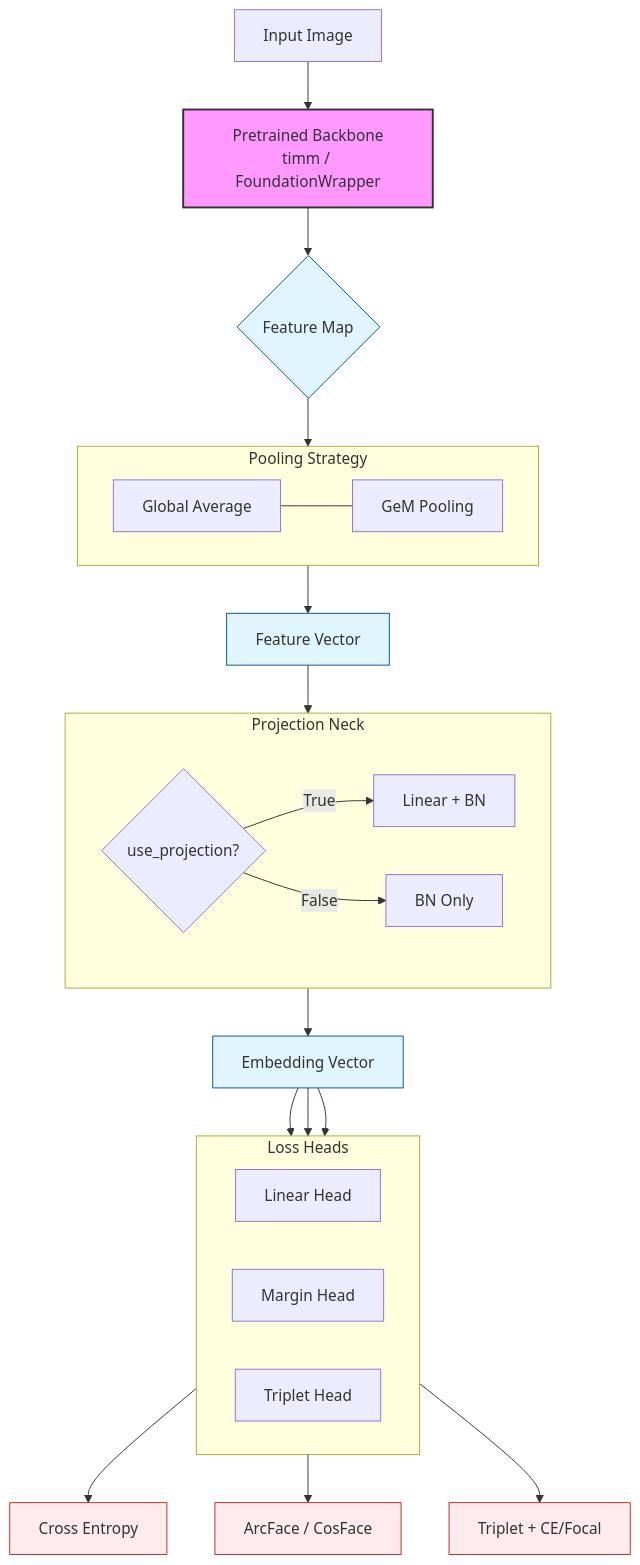
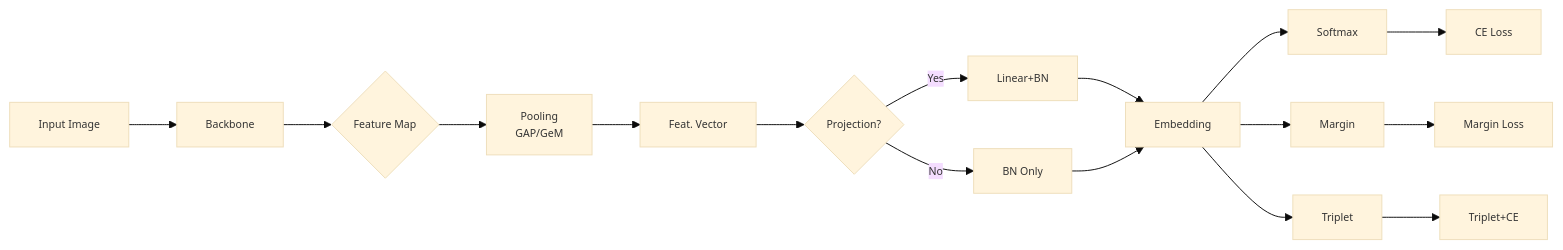
Before and after one commit to MicheleMarschner/jaguar_project: the diagram in reports/experiments/E00_kaggle-leaderboard_backbone.md, drawn with Mermaid.

Commit message:
Revise Re-ID pipeline flowchart in markdown report
Updated the flowchart in the E00_kaggle-leaderboard_backbone.md file to reflect changes in the Re-ID pipeline structure and removed unnecessary subgraphs.

````diff
--- a/reports/experiments/E00_kaggle-leaderboard_backbone.md
+++ b/reports/experiments/E00_kaggle-leaderboard_backbone.md
@@ -41,41 +41,19 @@
 ```mermaid
-flowchart TD
-%% Styling
-classDef backbone fill:#f9f,stroke:#333,stroke-width:2px;
-classDef feature fill:#e1f5fe,stroke:#01579b;
-classDef head fill:#fff9c4,stroke:#fbc02d;
-classDef loss fill:#ffebee,stroke:#c62828;
+%%{init: {'theme': 'base', 'themeVariables': { 'fontSize': '11px'}}}%%
+flowchart LR
+A[Input Image] --> B[Backbone]
+B --> C{Feature Map}
 
-A[Input Image] --> B[Pretrained Backbone<br/>timm / FoundationWrapper]:::backbone
-B --> C{Feature Map}:::feature
+C --> D[Pooling<br/>GAP/GeM]
+D --> E[Feat. Vector]
 
-subgraph Pooling [Pooling Strategy]
-    direction LR
-    D1[Global Average] --- D2[GeM Pooling]
-end
+E --> F{Projection?}
+F -->|Yes| G[Linear+BN]
+F -->|No| H[BN Only]
 
-C --> Pooling --> E[Feature Vector]:::feature
+G & H --> I[Embedding]
 
-subgraph Neck [Projection Neck]
-    F{use_projection?}
-    G[Linear + BN]
-    H[BN Only]
-    F -- True --> G
-    F -- False --> H
-end
-
-E --> Neck --> I[Embedding Vector]:::feature
-
-subgraph Heads [Loss Heads]
-    direction LR
-    J1[Linear Head]
-    J2[Margin Head]
-    J3[Triplet Head]
-end
-
-I --> J1 & J2 & J3
-
-J1 --> K[Cross Entropy]:::loss
-J2 --> L[ArcFace / CosFace]:::loss
-J3 --> M[Triplet + CE/Focal]:::loss
+I --> J1[Softmax] --> L1[CE Loss]
+I --> J2[Margin] --> L2[Margin Loss]
+I --> J3[Triplet] --> L3[Triplet+CE]
 ```
````
